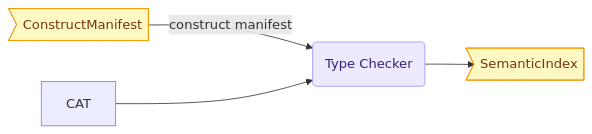
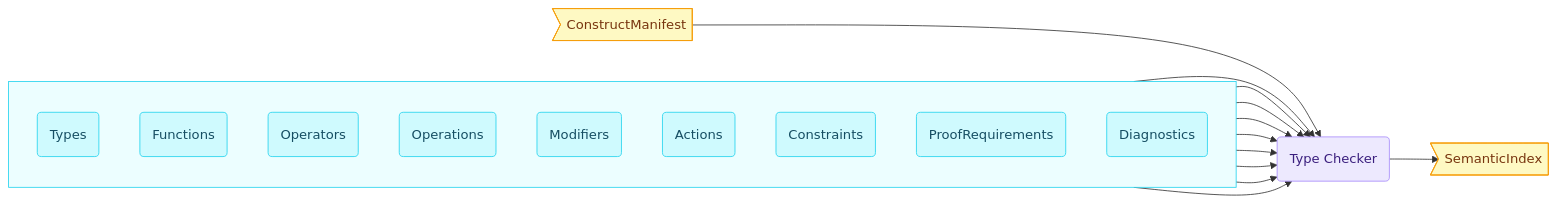
One commit to sfalik/Precept changed the fourth of 10 diagrams in docs/compiler-and-runtime-design.md. Above: the diagram before and after it, drawn with Mermaid. The commit also changed other lines of this file, not shown here.

First line of the commit message:
docs: expand per-stage pipeline diagrams with individual catalog nodes

````diff
--- a/docs/compiler-and-runtime-design.md
+++ b/docs/compiler-and-runtime-design.md
@@ -381,15 +397,38 @@
 ```mermaid
 flowchart LR
     classDef input   fill:#dbeafe,stroke:#60a5fa,color:#1e3a5f
     classDef catalog fill:#cffafe,stroke:#22d3ee,color:#164e63
     classDef stage   fill:#ede9fe,stroke:#a78bfa,color:#3b1f7e
     classDef out     fill:#fef9c3,stroke:#f59e0b,color:#78350f
 
     ST>"ConstructManifest"]:::out
     TC(Type Checker):::stage
     OUT>"SemanticIndex"]:::out
 
-    ST -->|"construct manifest"| TC
-    CAT --> TC
+    subgraph CATS[" "]
+        direction TB
+        CTYP("Types"):::catalog
+        CFUN("Functions"):::catalog
+        COPR("Operators"):::catalog
+        COPN("Operations"):::catalog
+        CMOD("Modifiers"):::catalog
+        CACT("Actions"):::catalog
+        CCST("Constraints"):::catalog
+        CPRQ("ProofRequirements"):::catalog
+        CDIA("Diagnostics"):::catalog
+    end
+
+    style CATS fill:#ecfeff,stroke:#22d3ee,color:#164e63
+
+    ST --> TC
+    CTYP --> TC
+    CFUN --> TC
+    COPR --> TC
+    COPN --> TC
+    CMOD --> TC
+    CACT --> TC
+    CCST --> TC
+    CPRQ --> TC
+    CDIA --> TC
     TC --> OUT
 ```
````
